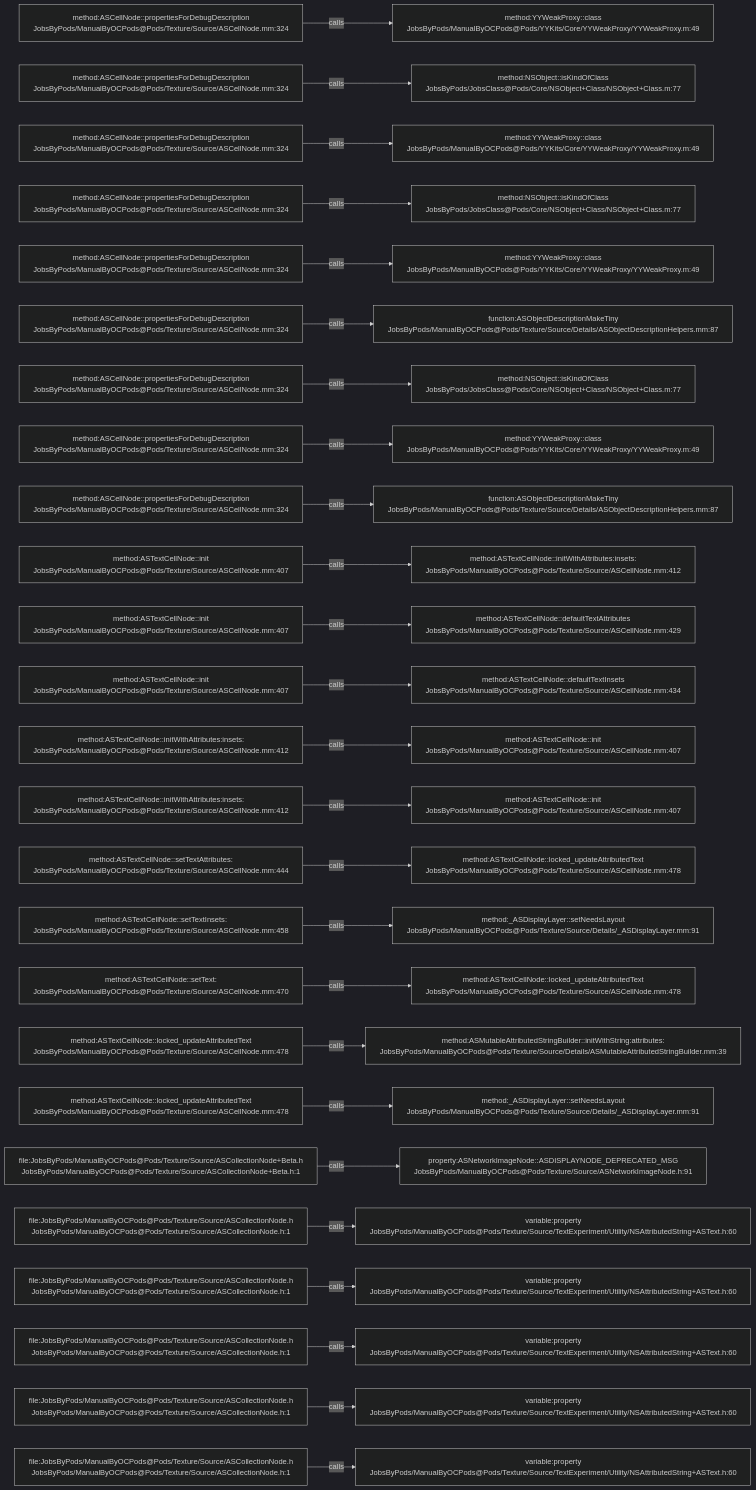
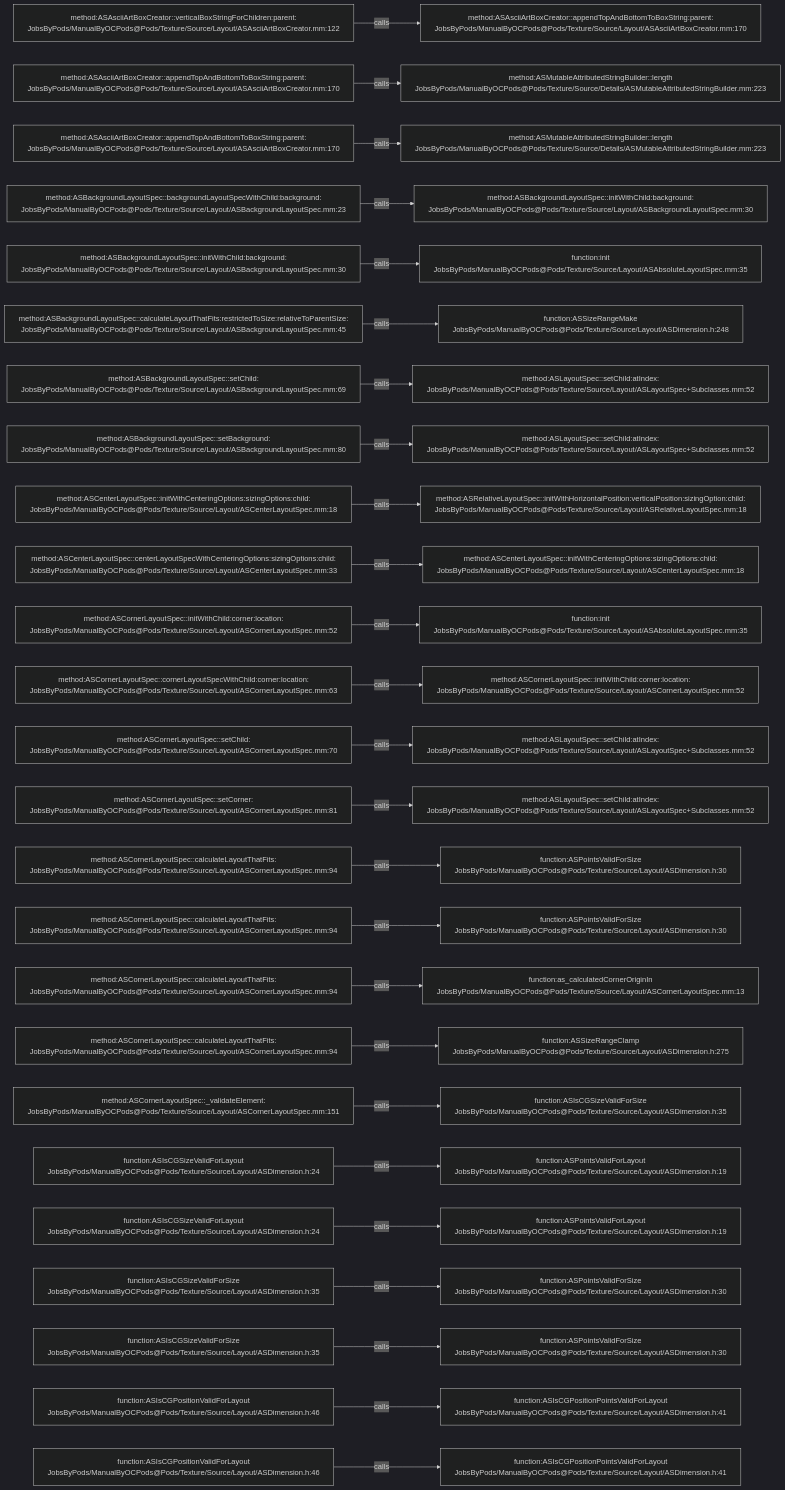
One commit to JobsKits/JobsOCBaseConfigDemo changed the diagram in .codegraph/codegraph.md/graphs/calls-183.md. Above: the diagram before and after it, drawn with Mermaid (dark theme). The commit also changed 2162 other files, not shown here.

````diff
--- a/.codegraph/codegraph.md/graphs/calls-183.md
+++ b/.codegraph/codegraph.md/graphs/calls-183.md
@@ -13,78 +13,78 @@
 ```mermaid
 flowchart LR
-  S1["method:ASCellNode::propertiesForDebugDescription<br/>JobsByPods/ManualByOCPods@Pods/Texture/Source/ASCellNode.mm:324"]
-  T1["method:YYWeakProxy::class<br/>JobsByPods/ManualByOCPods@Pods/YYKits/Core/YYWeakProxy/YYWeakProxy.m:49"]
+  S1["method:ASAsciiArtBoxCreator::verticalBoxStringForChildren:parent:<br/>JobsByPods/ManualByOCPods@Pods/Texture/Source/Layout/ASAsciiArtBoxCreator.mm:122"]
+  T1["method:ASAsciiArtBoxCreator::appendTopAndBottomToBoxString:parent:<br/>JobsByPods/ManualByOCPods@Pods/Texture/Source/Layout/ASAsciiArtBoxCreator.mm:170"]
   S1 -->|calls| T1
-  S2["method:ASCellNode::propertiesForDebugDescription<br/>JobsByPods/ManualByOCPods@Pods/Texture/Source/ASCellNode.mm:324"]
-  T2["method:NSObject::isKindOfClass<br/>JobsByPods/JobsClass@Pods/Core/NSObject+Class/NSObject+Class.m:77"]
+  S2["method:ASAsciiArtBoxCreator::appendTopAndBottomToBoxString:parent:<br/>JobsByPods/ManualByOCPods@Pods/Texture/Source/Layout/ASAsciiArtBoxCreator.mm:170"]
+  T2["method:ASMutableAttributedStringBuilder::length<br/>JobsByPods/ManualByOCPods@Pods/Texture/Source/Details/ASMutableAttributedStringBuilder.mm:223"]
   S2 -->|calls| T2
-  S3["method:ASCellNode::propertiesForDebugDescription<br/>JobsByPods/ManualByOCPods@Pods/Texture/Source/ASCellNode.mm:324"]
-  T3["method:YYWeakProxy::class<br/>JobsByPods/ManualByOCPods@Pods/YYKits/Core/YYWeakProxy/YYWeakProxy.m:49"]
+  S3["method:ASAsciiArtBoxCreator::appendTopAndBottomToBoxString:parent:<br/>JobsByPods/ManualByOCPods@Pods/Texture/Source/Layout/ASAsciiArtBoxCreator.mm:170"]
+  T3["method:ASMutableAttributedStringBuilder::length<br/>JobsByPods/ManualByOCPods@Pods/Texture/Source/Details/ASMutableAttributedStringBuilder.mm:223"]
   S3 -->|calls| T3
-  S4["method:ASCellNode::propertiesForDebugDescription<br/>JobsByPods/ManualByOCPods@Pods/Texture/Source/ASCellNode.mm:324"]
-  T4["method:NSObject::isKindOfClass<br/>JobsByPods/JobsClass@Pods/Core/NSObject+Class/NSObject+Class.m:77"]
+  S4["method:ASBackgroundLayoutSpec::backgroundLayoutSpecWithChild:background:<br/>JobsByPods/ManualByOCPods@Pods/Texture/Source/Layout/ASBackgroundLayoutSpec.mm:23"]
+  T4["method:ASBackgroundLayoutSpec::initWithChild:background:<br/>JobsByPods/ManualByOCPods@Pods/Texture/Source/Layout/ASBackgroundLayoutSpec.mm:30"]
   S4 -->|calls| T4
-  S5["method:ASCellNode::propertiesForDebugDescription<br/>JobsByPods/ManualByOCPods@Pods/Texture/Source/ASCellNode.mm:324"]
-  T5["method:YYWeakProxy::class<br/>JobsByPods/ManualByOCPods@Pods/YYKits/Core/YYWeakProxy/YYWeakProxy.m:49"]
+  S5["method:ASBackgroundLayoutSpec::initWithChild:background:<br/>JobsByPods/ManualByOCPods@Pods/Texture/Source/Layout/ASBackgroundLayoutSpec.mm:30"]
+  T5["function:init<br/>JobsByPods/ManualByOCPods@Pods/Texture/Source/Layout/ASAbsoluteLayoutSpec.mm:35"]
   S5 -->|calls| T5
-  S6["method:ASCellNode::propertiesForDebugDescription<br/>JobsByPods/ManualByOCPods@Pods/Texture/Source/ASCellNode.mm:324"]
-  T6["function:ASObjectDescriptionMakeTiny<br/>JobsByPods/ManualByOCPods@Pods/Texture/Source/Details/ASObjectDescriptionHelpers.mm:87"]
+  S6["method:ASBackgroundLayoutSpec::calculateLayoutThatFits:restrictedToSize:relativeToParentSize:<br/>JobsByPods/ManualByOCPods@Pods/Texture/Source/Layout/ASBackgroundLayoutSpec.mm:45"]
+  T6["function:ASSizeRangeMake<br/>JobsByPods/ManualByOCPods@Pods/Texture/Source/Layout/ASDimension.h:248"]
   S6 -->|calls| T6
-  S7["method:ASCellNode::propertiesForDebugDescription<br/>JobsByPods/ManualByOCPods@Pods/Texture/Source/ASCellNode.mm:324"]
-  T7["method:NSObject::isKindOfClass<br/>JobsByPods/JobsClass@Pods/Core/NSObject+Class/NSObject+Class.m:77"]
+  S7["method:ASBackgroundLayoutSpec::setChild:<br/>JobsByPods/ManualByOCPods@Pods/Texture/Source/Layout/ASBackgroundLayoutSpec.mm:69"]
+  T7["method:ASLayoutSpec::setChild:atIndex:<br/>JobsByPods/ManualByOCPods@Pods/Texture/Source/Layout/ASLayoutSpec+Subclasses.mm:52"]
   S7 -->|calls| T7
-  S8["method:ASCellNode::propertiesForDebugDescription<br/>JobsByPods/ManualByOCPods@Pods/Texture/Source/ASCellNode.mm:324"]
-  T8["method:YYWeakProxy::class<br/>JobsByPods/ManualByOCPods@Pods/YYKits/Core/YYWeakProxy/YYWeakProxy.m:49"]
+  S8["method:ASBackgroundLayoutSpec::setBackground:<br/>JobsByPods/ManualByOCPods@Pods/Texture/Source/Layout/ASBackgroundLayoutSpec.mm:80"]
+  T8["method:ASLayoutSpec::setChild:atIndex:<br/>JobsByPods/ManualByOCPods@Pods/Texture/Source/Layout/ASLayoutSpec+Subclasses.mm:52"]
   S8 -->|calls| T8
-  S9["method:ASCellNode::propertiesForDebugDescription<br/>JobsByPods/ManualByOCPods@Pods/Texture/Source/ASCellNode.mm:324"]
-  T9["function:ASObjectDescriptionMakeTiny<br/>JobsByPods/ManualByOCPods@Pods/Texture/Source/Details/ASObjectDescriptionHelpers.mm:87"]
+  S9["method:ASCenterLayoutSpec::initWithCenteringOptions:sizingOptions:child:<br/>JobsByPods/ManualByOCPods@Pods/Texture/Source/Layout/ASCenterLayoutSpec.mm:18"]
+  T9["method:ASRelativeLayoutSpec::initWithHorizontalPosition:verticalPosition:sizingOption:child:<br/>JobsByPods/ManualByOCPods@Pods/Texture/Source/Layout/ASRelativeLayoutSpec.mm:18"]
   S9 -->|calls| T9
-  S10["method:ASTextCellNode::init<br/>JobsByPods/ManualByOCPods@Pods/Texture/Source/ASCellNode.mm:407"]
-  T10["method:ASTextCellNode::initWithAttributes:insets:<br/>JobsByPods/ManualByOCPods@Pods/Texture/Source/ASCellNode.mm:412"]
+  S10["method:ASCenterLayoutSpec::centerLayoutSpecWithCenteringOptions:sizingOptions:child:<br/>JobsByPods/ManualByOCPods@Pods/Texture/Source/Layout/ASCenterLayoutSpec.mm:33"]
+  T10["method:ASCenterLayoutSpec::initWithCenteringOptions:sizingOptions:child:<br/>JobsByPods/ManualByOCPods@Pods/Texture/Source/Layout/ASCenterLayoutSpec.mm:18"]
   S10 -->|calls| T10
-  S11["method:ASTextCellNode::init<br/>JobsByPods/ManualByOCPods@Pods/Texture/Source/ASCellNode.mm:407"]
-  T11["method:ASTextCellNode::defaultTextAttributes<br/>JobsByPods/ManualByOCPods@Pods/Texture/Source/ASCellNode.mm:429"]
+  S11["method:ASCornerLayoutSpec::initWithChild:corner:location:<br/>JobsByPods/ManualByOCPods@Pods/Texture/Source/Layout/ASCornerLayoutSpec.mm:52"]
+  T11["function:init<br/>JobsByPods/ManualByOCPods@Pods/Texture/Source/Layout/ASAbsoluteLayoutSpec.mm:35"]
   S11 -->|calls| T11
-  S12["method:ASTextCellNode::init<br/>JobsByPods/ManualByOCPods@Pods/Texture/Source/ASCellNode.mm:407"]
-  T12["method:ASTextCellNode::defaultTextInsets<br/>JobsByPods/ManualByOCPods@Pods/Texture/Source/ASCellNode.mm:434"]
+  S12["method:ASCornerLayoutSpec::cornerLayoutSpecWithChild:corner:location:<br/>JobsByPods/ManualByOCPods@Pods/Texture/Source/Layout/ASCornerLayoutSpec.mm:63"]
+  T12["method:ASCornerLayoutSpec::initWithChild:corner:location:<br/>JobsByPods/ManualByOCPods@Pods/Texture/Source/Layout/ASCornerLayoutSpec.mm:52"]
   S12 -->|calls| T12
-  S13["method:ASTextCellNode::initWithAttributes:insets:<br/>JobsByPods/ManualByOCPods@Pods/Texture/Source/ASCellNode.mm:412"]
-  T13["method:ASTextCellNode::init<br/>JobsByPods/ManualByOCPods@Pods/Texture/Source/ASCellNode.mm:407"]
+  S13["method:ASCornerLayoutSpec::setChild:<br/>JobsByPods/ManualByOCPods@Pods/Texture/Source/Layout/ASCornerLayoutSpec.mm:70"]
+  T13["method:ASLayoutSpec::setChild:atIndex:<br/>JobsByPods/ManualByOCPods@Pods/Texture/Source/Layout/ASLayoutSpec+Subclasses.mm:52"]
   S13 -->|calls| T13
-  S14["method:ASTextCellNode::initWithAttributes:insets:<br/>JobsByPods/ManualByOCPods@Pods/Texture/Source/ASCellNode.mm:412"]
-  T14["method:ASTextCellNode::init<br/>JobsByPods/ManualByOCPods@Pods/Texture/Source/ASCellNode.mm:407"]
+  S14["method:ASCornerLayoutSpec::setCorner:<br/>JobsByPods/ManualByOCPods@Pods/Texture/Source/Layout/ASCornerLayoutSpec.mm:81"]
+  T14["method:ASLayoutSpec::setChild:atIndex:<br/>JobsByPods/ManualByOCPods@Pods/Texture/Source/Layout/ASLayoutSpec+Subclasses.mm:52"]
   S14 -->|calls| T14
-  S15["method:ASTextCellNode::setTextAttributes:<br/>JobsByPods/ManualByOCPods@Pods/Texture/Source/ASCellNode.mm:444"]
-  T15["method:ASTextCellNode::locked_updateAttributedText<br/>JobsByPods/ManualByOCPods@Pods/Texture/Source/ASCellNode.mm:478"]
+  S15["method:ASCornerLayoutSpec::calculateLayoutThatFits:<br/>JobsByPods/ManualByOCPods@Pods/Texture/Source/Layout/ASCornerLayoutSpec.mm:94"]
+  T15["function:ASPointsValidForSize<br/>JobsByPods/ManualByOCPods@Pods/Texture/Source/Layout/ASDimension.h:30"]
   S15 -->|calls| T15
-  S16["method:ASTextCellNode::setTextInsets:<br/>JobsByPods/ManualByOCPods@Pods/Texture/Source/ASCellNode.mm:458"]
-  T16["method:_ASDisplayLayer::setNeedsLayout<br/>JobsByPods/ManualByOCPods@Pods/Texture/Source/Details/_ASDisplayLayer.mm:91"]
+  S16["method:ASCornerLayoutSpec::calculateLayoutThatFits:<br/>JobsByPods/ManualByOCPods@Pods/Texture/Source/Layout/ASCornerLayoutSpec.mm:94"]
+  T16["function:ASPointsValidForSize<br/>JobsByPods/ManualByOCPods@Pods/Texture/Source/Layout/ASDimension.h:30"]
   S16 -->|calls| T16
-  S17["method:ASTextCellNode::setText:<br/>JobsByPods/ManualByOCPods@Pods/Texture/Source/ASCellNode.mm:470"]
-  T17["method:ASTextCellNode::locked_updateAttributedText<br/>JobsByPods/ManualByOCPods@Pods/Texture/Source/ASCellNode.mm:478"]
+  S17["method:ASCornerLayoutSpec::calculateLayoutThatFits:<br/>JobsByPods/ManualByOCPods@Pods/Texture/Source/Layout/ASCornerLayoutSpec.mm:94"]
+  T17["function:as_calculatedCornerOriginIn<br/>JobsByPods/ManualByOCPods@Pods/Texture/Source/Layout/ASCornerLayoutSpec.mm:13"]
   S17 -->|calls| T17
-  S18["method:ASTextCellNode::locked_updateAttributedText<br/>JobsByPods/ManualByOCPods@Pods/Texture/Source/ASCellNode.mm:478"]
-  T18["method:ASMutableAttributedStringBuilder::initWithString:attributes:<br/>JobsByPods/ManualByOCPods@Pods/Texture/Source/Details/ASMutableAttributedStringBuilder.mm:39"]
+  S18["method:ASCornerLayoutSpec::calculateLayoutThatFits:<br/>JobsByPods/ManualByOCPods@Pods/Texture/Source/Layout/ASCornerLayoutSpec.mm:94"]
+  T18["function:ASSizeRangeClamp<br/>JobsByPods/ManualByOCPods@Pods/Texture/Source/Layout/ASDimension.h:275"]
   S18 -->|calls| T18
-  S19["method:ASTextCellNode::locked_updateAttributedText<br/>JobsByPods/ManualByOCPods@Pods/Texture/Source/ASCellNode.mm:478"]
-  T19["method:_ASDisplayLayer::setNeedsLayout<br/>JobsByPods/ManualByOCPods@Pods/Texture/Source/Details/_ASDisplayLayer.mm:91"]
+  S19["method:ASCornerLayoutSpec::_validateElement:<br/>JobsByPods/ManualByOCPods@Pods/Texture/Source/Layout/ASCornerLayoutSpec.mm:151"]
+  T19["function:ASIsCGSizeValidForSize<br/>JobsByPods/ManualByOCPods@Pods/Texture/Source/Layout/ASDimension.h:35"]
   S19 -->|calls| T19
-  S20["file:JobsByPods/ManualByOCPods@Pods/Texture/Source/ASCollectionNode+Beta.h<br/>JobsByPods/ManualByOCPods@Pods/Texture/Source/ASCollectionNode+Beta.h:1"]
-  T20["property:ASNetworkImageNode::ASDISPLAYNODE_DEPRECATED_MSG<br/>JobsByPods/ManualByOCPods@Pods/Texture/Source/ASNetworkImageNode.h:91"]
+  S20["function:ASIsCGSizeValidForLayout<br/>JobsByPods/ManualByOCPods@Pods/Texture/Source/Layout/ASDimension.h:24"]
+  T20["function:ASPointsValidForLayout<br/>JobsByPods/ManualByOCPods@Pods/Texture/Source/Layout/ASDimension.h:19"]
   S20 -->|calls| T20
-  S21["file:JobsByPods/ManualByOCPods@Pods/Texture/Source/ASCollectionNode.h<br/>JobsByPods/ManualByOCPods@Pods/Texture/Source/ASCollectionNode.h:1"]
-  T21["variable:property<br/>JobsByPods/ManualByOCPods@Pods/Texture/Source/TextExperiment/Utility/NSAttributedString+ASText.h:60"]
+  S21["function:ASIsCGSizeValidForLayout<br/>JobsByPods/ManualByOCPods@Pods/Texture/Source/Layout/ASDimension.h:24"]
+  T21["function:ASPointsValidForLayout<br/>JobsByPods/ManualByOCPods@Pods/Texture/Source/Layout/ASDimension.h:19"]
   S21 -->|calls| T21
-  S22["file:JobsByPods/ManualByOCPods@Pods/Texture/Source/ASCollectionNode.h<br/>JobsByPods/ManualByOCPods@Pods/Texture/Source/ASCollectionNode.h:1"]
-  T22["variable:property<br/>JobsByPods/ManualByOCPods@Pods/Texture/Source/TextExperiment/Utility/NSAttributedString+ASText.h:60"]
+  S22["function:ASIsCGSizeValidForSize<br/>JobsByPods/ManualByOCPods@Pods/Texture/Source/Layout/ASDimension.h:35"]
+  T22["function:ASPointsValidForSize<br/>JobsByPods/ManualByOCPods@Pods/Texture/Source/Layout/ASDimension.h:30"]
   S22 -->|calls| T22
-  S23["file:JobsByPods/ManualByOCPods@Pods/Texture/Source/ASCollectionNode.h<br/>JobsByPods/ManualByOCPods@Pods/Texture/Source/ASCollectionNode.h:1"]
-  T23["variable:property<br/>JobsByPods/ManualByOCPods@Pods/Texture/Source/TextExperiment/Utility/NSAttributedString+ASText.h:60"]
+  S23["function:ASIsCGSizeValidForSize<br/>JobsByPods/ManualByOCPods@Pods/Texture/Source/Layout/ASDimension.h:35"]
+  T23["function:ASPointsValidForSize<br/>JobsByPods/ManualByOCPods@Pods/Texture/Source/Layout/ASDimension.h:30"]
   S23 -->|calls| T23
-  S24["file:JobsByPods/ManualByOCPods@Pods/Texture/Source/ASCollectionNode.h<br/>JobsByPods/ManualByOCPods@Pods/Texture/Source/ASCollectionNode.h:1"]
-  T24["variable:property<br/>JobsByPods/ManualByOCPods@Pods/Texture/Source/TextExperiment/Utility/NSAttributedString+ASText.h:60"]
+  S24["function:ASIsCGPositionValidForLayout<br/>JobsByPods/ManualByOCPods@Pods/Texture/Source/Layout/ASDimension.h:46"]
+  T24["function:ASIsCGPositionPointsValidForLayout<br/>JobsByPods/ManualByOCPods@Pods/Texture/Source/Layout/ASDimension.h:41"]
   S24 -->|calls| T24
-  S25["file:JobsByPods/ManualByOCPods@Pods/Texture/Source/ASCollectionNode.h<br/>JobsByPods/ManualByOCPods@Pods/Texture/Source/ASCollectionNode.h:1"]
-  T25["variable:property<br/>JobsByPods/ManualByOCPods@Pods/Texture/Source/TextExperiment/Utility/NSAttributedString+ASText.h:60"]
+  S25["function:ASIsCGPositionValidForLayout<br/>JobsByPods/ManualByOCPods@Pods/Texture/Source/Layout/ASDimension.h:46"]
+  T25["function:ASIsCGPositionPointsValidForLayout<br/>JobsByPods/ManualByOCPods@Pods/Texture/Source/Layout/ASDimension.h:41"]
   S25 -->|calls| T25
 ```
````
